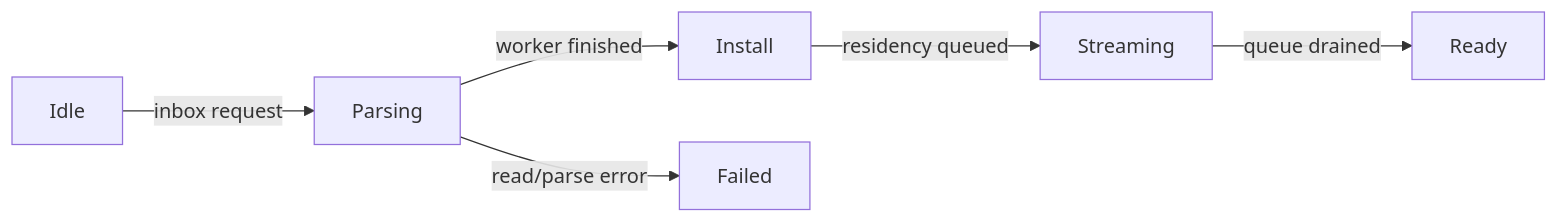
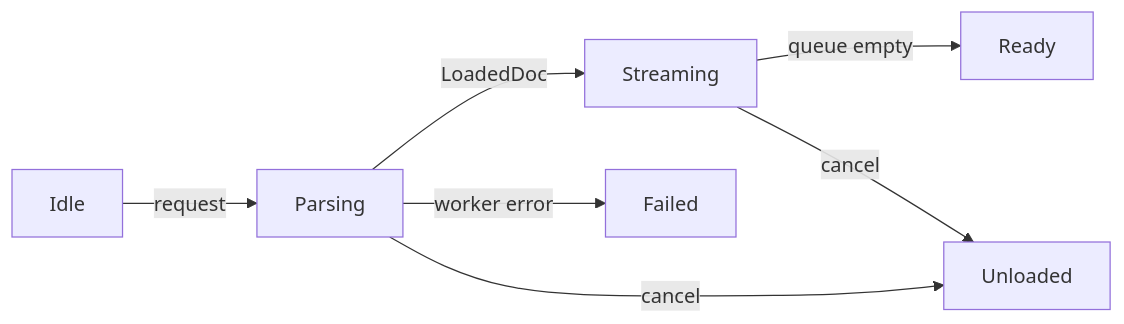
One commit to saffronjam/SaffronEngine changed the diagram in docs/content/explanations/tooling-and-control/project-loading.md. Above: the diagram before and after it, drawn with Mermaid. The commit also changed other lines of this file and 7 other files, not shown here.

````diff
--- a/docs/content/explanations/tooling-and-control/project-loading.md
+++ b/docs/content/explanations/tooling-and-control/project-loading.md
@@ -51,8 +57,9 @@
 ```mermaid
 flowchart LR
-    Idle -- inbox request --> Parsing
-    Parsing -- worker finished --> Install
-    Install -- residency queued --> Streaming
-    Streaming -- queue drained --> Ready
-    Parsing -- read/parse error --> Failed
+    Idle -- request --> Parsing
+    Parsing -- LoadedDoc --> Streaming
+    Parsing -- worker error --> Failed
+    Streaming -- queue empty --> Ready
+    Parsing -- cancel --> Unloaded
+    Streaming -- cancel --> Unloaded
 ```
````
